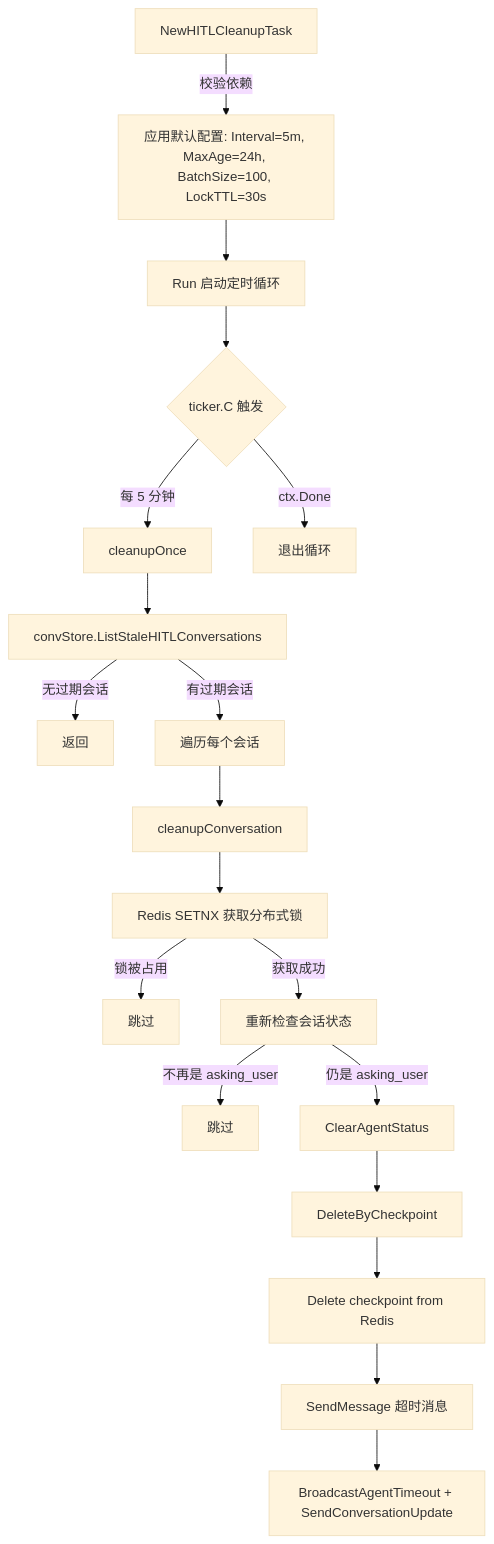
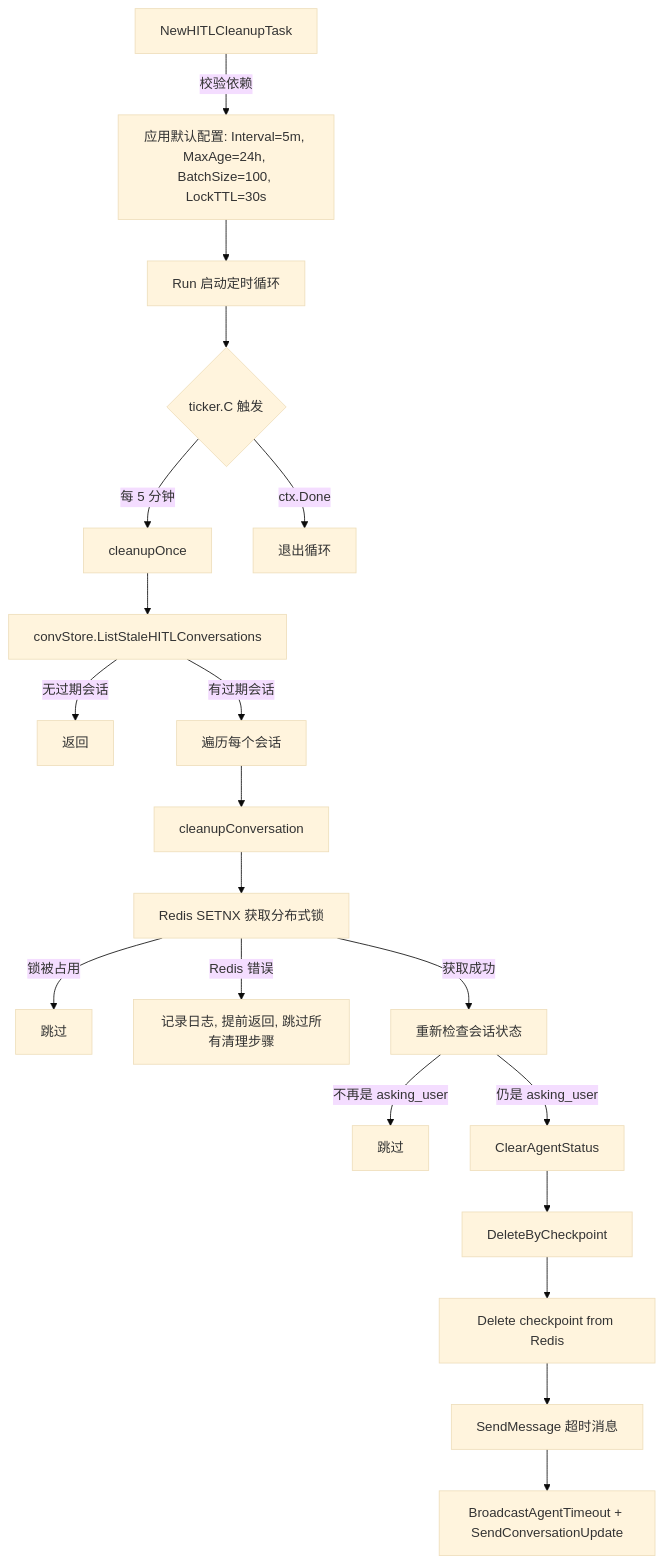
Before and after one commit to PineappleBond/xyncra-server: the seventh of 9 diagrams in wiki/flows/mq-async.md, drawn with Mermaid (base theme). The commit also changed other lines of this file and 12 other files, not shown here.

Commit message:
docs(wiki): accuracy improvements across flow documents

````diff
--- a/wiki/flows/mq-async.md
+++ b/wiki/flows/mq-async.md
@@ -690,21 +690,22 @@
 ```mermaid
 flowchart TD
     A[NewHITLCleanupTask] -->|校验依赖| B[应用默认配置: Interval=5m, MaxAge=24h, BatchSize=100, LockTTL=30s]
     B --> C[Run 启动定时循环]
     C --> D{ticker.C 触发}
     D -->|每 5 分钟| E[cleanupOnce]
     E --> F[convStore.ListStaleHITLConversations]
     F -->|无过期会话| G[返回]
     F -->|有过期会话| H[遍历每个会话]
     H --> I[cleanupConversation]
     I --> I1[Redis SETNX 获取分布式锁]
     I1 -->|锁被占用| I2[跳过]
+    I1 -->|Redis 错误| I5[记录日志, 提前返回, 跳过所有清理步骤]
     I1 -->|获取成功| I3[重新检查会话状态]
     I3 -->|不再是 asking_user| I4[跳过]
     I3 -->|仍是 asking_user| J[ClearAgentStatus]
     J --> K[DeleteByCheckpoint]
     K --> L[Delete checkpoint from Redis]
     L --> M[SendMessage 超时消息]
     M --> N[BroadcastAgentTimeout + SendConversationUpdate]
     D -->|ctx.Done| O[退出循环]
 ```
````
